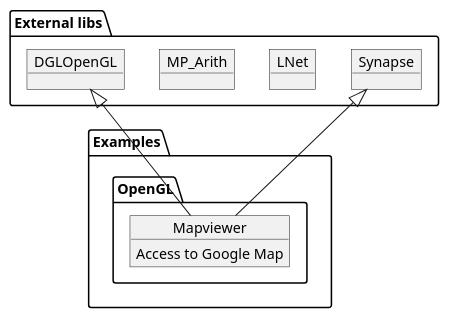
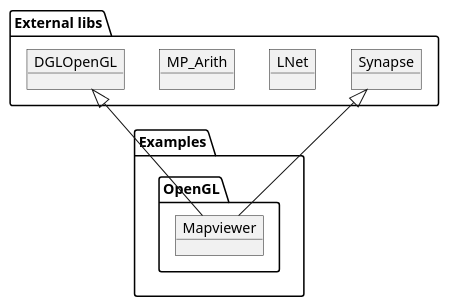
The diagram in overview.plantuml (PascalCorpsman/Examples), drawn with PlantUML before and after one commit. The commit also changed 2 other files, not shown here.

Commit message:
Add description for mapviewer

```diff
--- a/overview.plantuml
+++ b/overview.plantuml
@@ -2,21 +2,19 @@
 @startuml
 
 package "Examples" {
   package "OpenGL" {
-   object Mapviewer {
-    Access to Google Map
-    }
+   object Mapviewer
   }
 }
 
 package "External libs" {
 object Synapse
 object LNet 
 object MP_Arith
 object DGLOpenGL
 Synapse <|-- Mapviewer 
 DGLOpenGL <|-- Mapviewer 
 }
 
 
 @enduml
```
